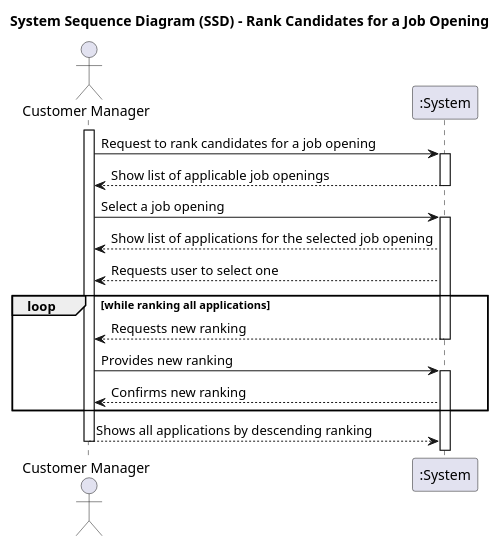
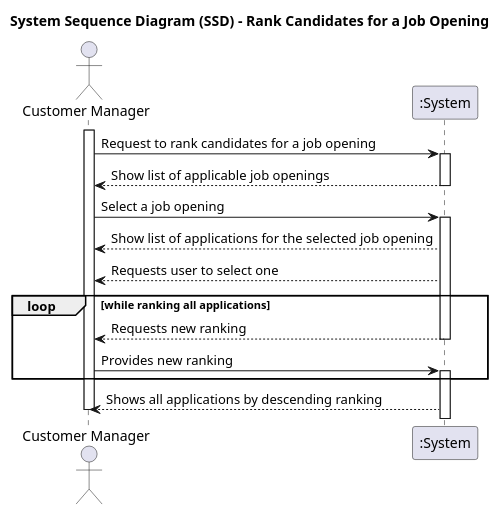
Before and after one commit to marcoferreira37/Lapr4: the diagram in docs/sprintC/1013/puml/1013-system-sequence-diagram.puml, drawn with PlantUML. The commit also changed 9 other files, not shown here.

```diff
--- a/docs/sprintC/1013/puml/1013-system-sequence-diagram.puml
+++ b/docs/sprintC/1013/puml/1013-system-sequence-diagram.puml
@@ -1,40 +1,39 @@
 @startuml
 'skinparam monochrome true
 'skinparam packageStyle rectangle
 'skinparam shadowing false
 
 title System Sequence Diagram (SSD) - Rank Candidates for a Job Opening
 
 actor "Customer Manager" as Agent
 participant ":System" as System
 
 activate Agent
 
 Agent -> System : Request to rank candidates for a job opening
 activate System
 System --> Agent: Show list of applicable job openings
 deactivate
 
 Agent -> System : Select a job opening
 activate System
 System --> Agent : Show list of applications for the selected job opening
 System --> Agent : Requests user to select one
 
 
 
 loop while ranking all applications
 
 System --> Agent : Requests new ranking
 deactivate
 Agent -> System : Provides new ranking
 activate System
-System --> Agent  : Confirms new ranking
 
 end loop
 
-Agent --> System : Shows all applications by descending ranking
+Agent <-- System : Shows all applications by descending ranking
 
 
 deactivate Agent
 
 @enduml
```
